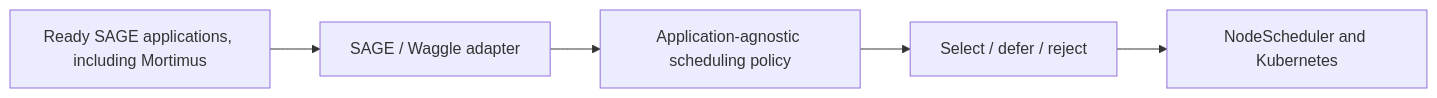
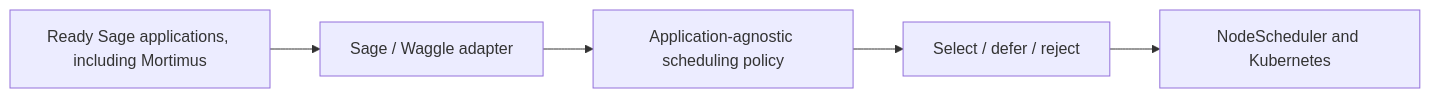
The diagram in science/2026/mortimus-urgent-scheduling.md (nconrad/sage-website), drawn with Mermaid before and after one commit. The commit also changed other lines of this file and 64 other files, not shown here.

````diff
--- a/science/2026/mortimus-urgent-scheduling.md
+++ b/science/2026/mortimus-urgent-scheduling.md
@@ -59,7 +61,7 @@
 ```mermaid
 flowchart LR
-    A["Ready SAGE applications, including Mortimus"] --> B["SAGE / Waggle adapter"]
+    A["Ready Sage applications, including Mortimus"] --> B["Sage / Waggle adapter"]
     B --> C["Application-agnostic scheduling policy"]
     C --> D["Select / defer / reject"]
     D --> E["NodeScheduler and Kubernetes"]
 ```
````
